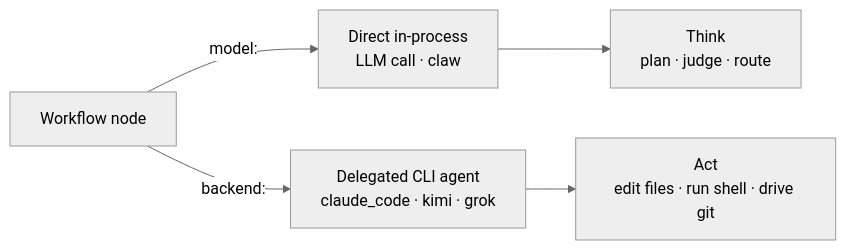
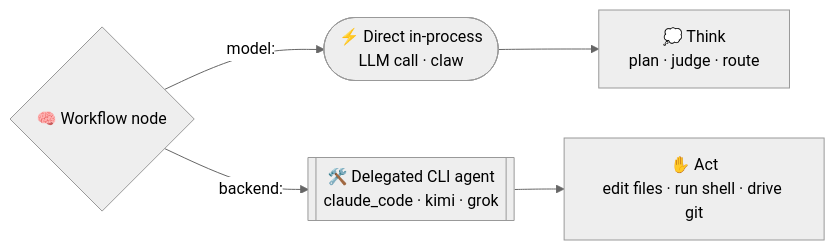
One commit to SocialGouv/iterion changed the diagram in docs/backends.md. Above: the diagram before and after it, drawn with Mermaid (neutral theme). The commit also changed 13 other files, not shown here.

````diff
--- a/docs/backends.md
+++ b/docs/backends.md
@@ -13,7 +13,7 @@
 ```mermaid
 flowchart LR
-  NODE["Workflow node"] -->|"model:"| DIRECT["Direct in-process<br/>LLM call · claw"]
-  NODE -->|"backend:"| CLI["Delegated CLI agent<br/>claude_code · kimi · grok"]
-  DIRECT --> THINK["Think<br/>plan · judge · route"]
-  CLI --> ACT["Act<br/>edit files · run shell · drive git"]
+  NODE{"🧠 Workflow node"} -->|"model:"| DIRECT(["⚡ Direct in-process<br/>LLM call · claw"])
+  NODE -->|"backend:"| CLI[["🛠️ Delegated CLI agent<br/>claude_code · kimi · grok"]]
+  DIRECT --> THINK["💭 Think<br/>plan · judge · route"]
+  CLI --> ACT["✋ Act<br/>edit files · run shell · drive git"]
 ```
````
